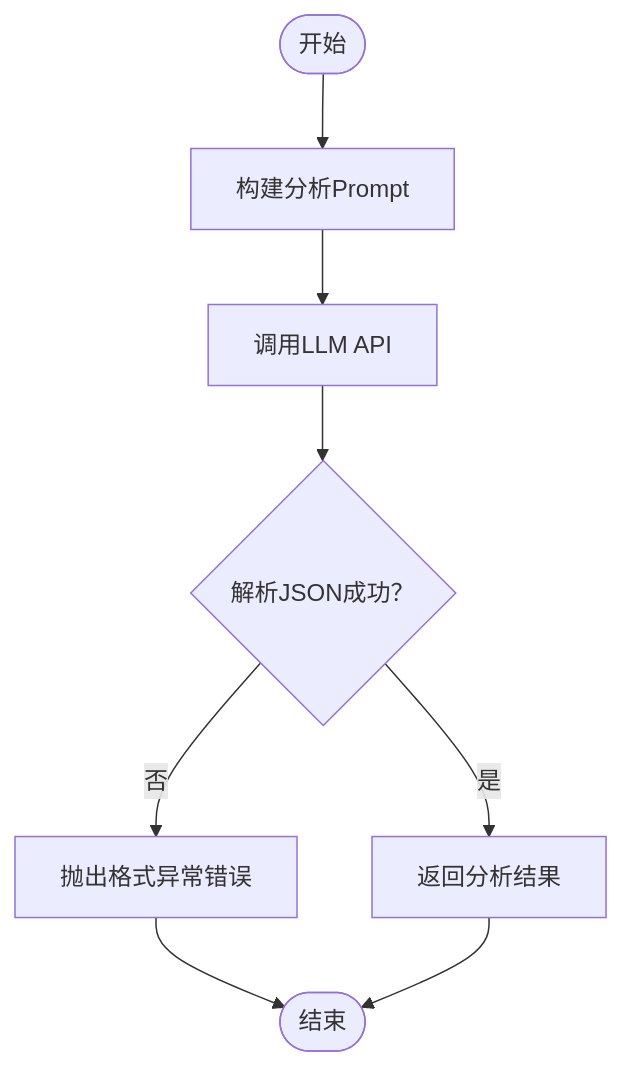
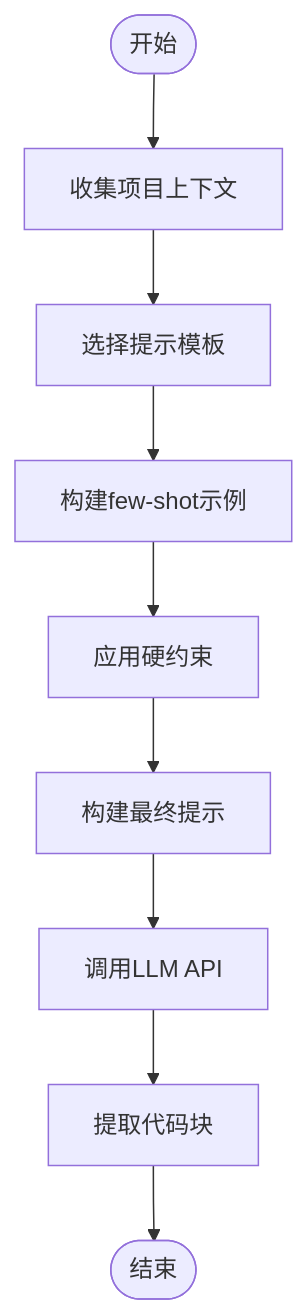
The fourth of 5 diagrams in .qoder/repowiki/zh/content/AI测试生成系统/AI测试用例生成器.md (zzgoviziwind/--playwright), drawn with Mermaid before and after one commit. The commit also changed other lines of this file and 112 other files, not shown here.

````diff
--- a/.qoder/repowiki/zh/content/AI测试生成系统/AI测试用例生成器.md
+++ b/.qoder/repowiki/zh/content/AI测试生成系统/AI测试用例生成器.md
@@ -221,10 +208,11 @@
 ```mermaid
 flowchart TD
-Start(["开始"]) --> BuildPrompt["构建分析Prompt"]
+Start(["开始"]) --> CollectContext["收集项目上下文"]
+CollectContext --> SelectTemplate["选择提示模板"]
+SelectTemplate --> BuildFewShot["构建few-shot示例"]
+BuildFewShot --> ApplyConstraints["应用硬约束"]
+ApplyConstraints --> BuildPrompt["构建最终提示"]
 BuildPrompt --> CallLLM["调用LLM API"]
-CallLLM --> ParseJSON{"解析JSON成功？"}
-ParseJSON --> |是| ReturnResult["返回分析结果"]
-ParseJSON --> |否| ThrowErr["抛出格式异常错误"]
-ThrowErr --> End(["结束"])
-ReturnResult --> End
+CallLLM --> ExtractCode["提取代码块"]
+ExtractCode --> End(["结束"])
 ```
````
